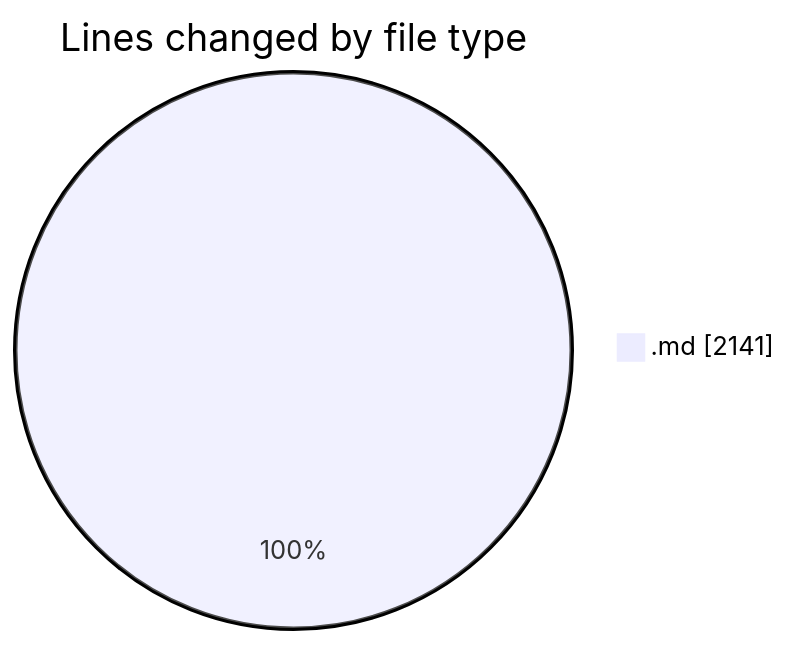
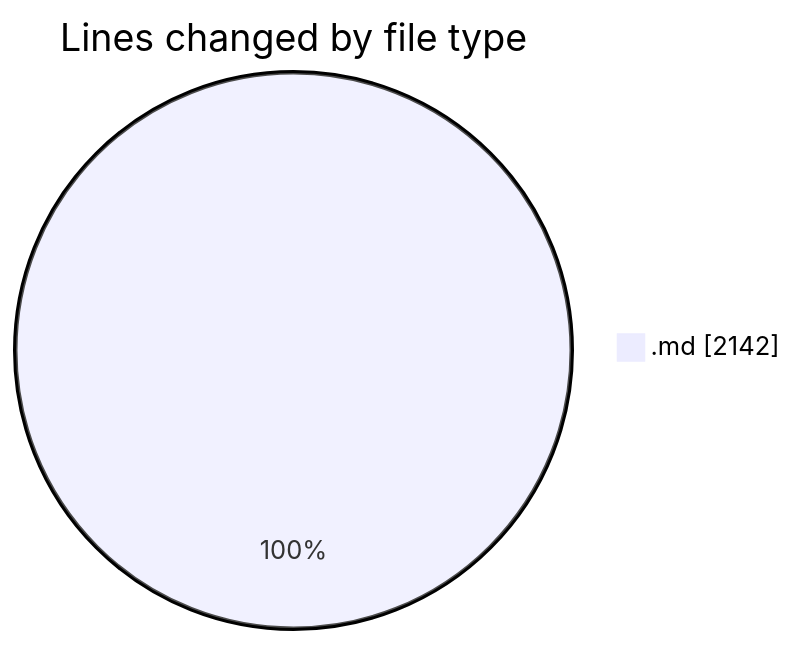
One commit to Ritupan-Deka/code-tracking changed the first of 2 diagrams in 2025-07-09/urlwebwala_intership_work/README.md. Above: the diagram before and after it, drawn with Mermaid. The commit also changed other lines of this file and 1 other file, not shown here.

````diff
--- a/2025-07-09/urlwebwala_intership_work/README.md
+++ b/2025-07-09/urlwebwala_intership_work/README.md
@@ -20,5 +20,5 @@
 ```mermaid
 pie showData
 title Lines changed by file type
-".md" : 2141
+".md" : 2142
 ```
````
